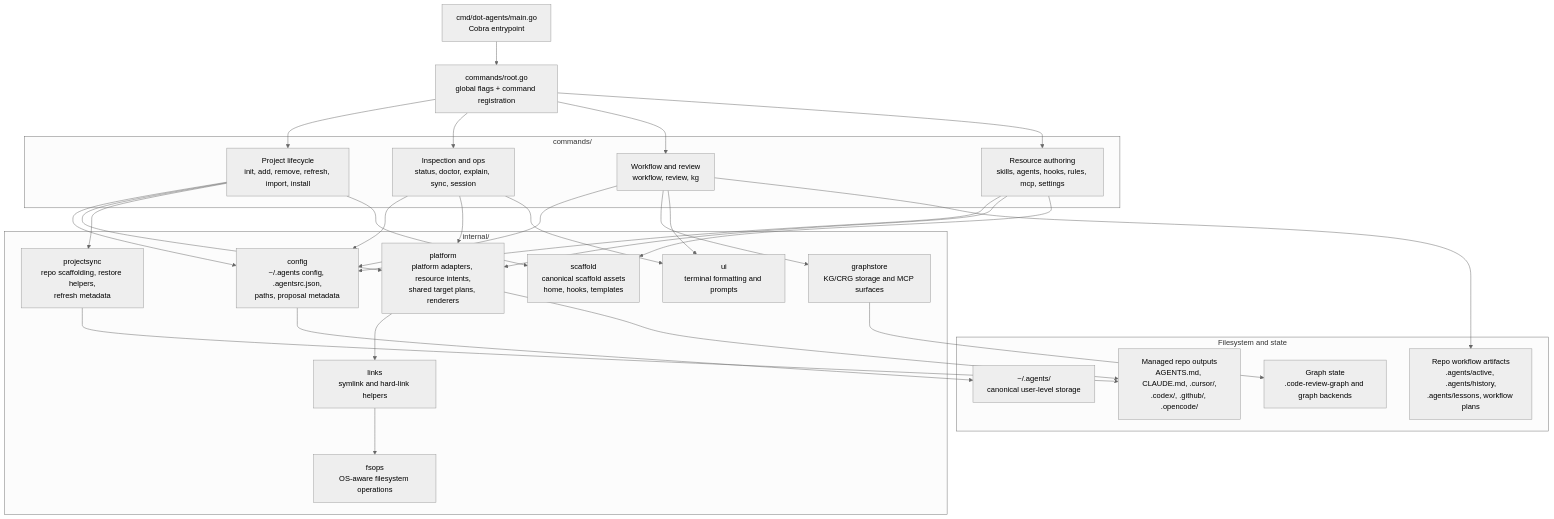
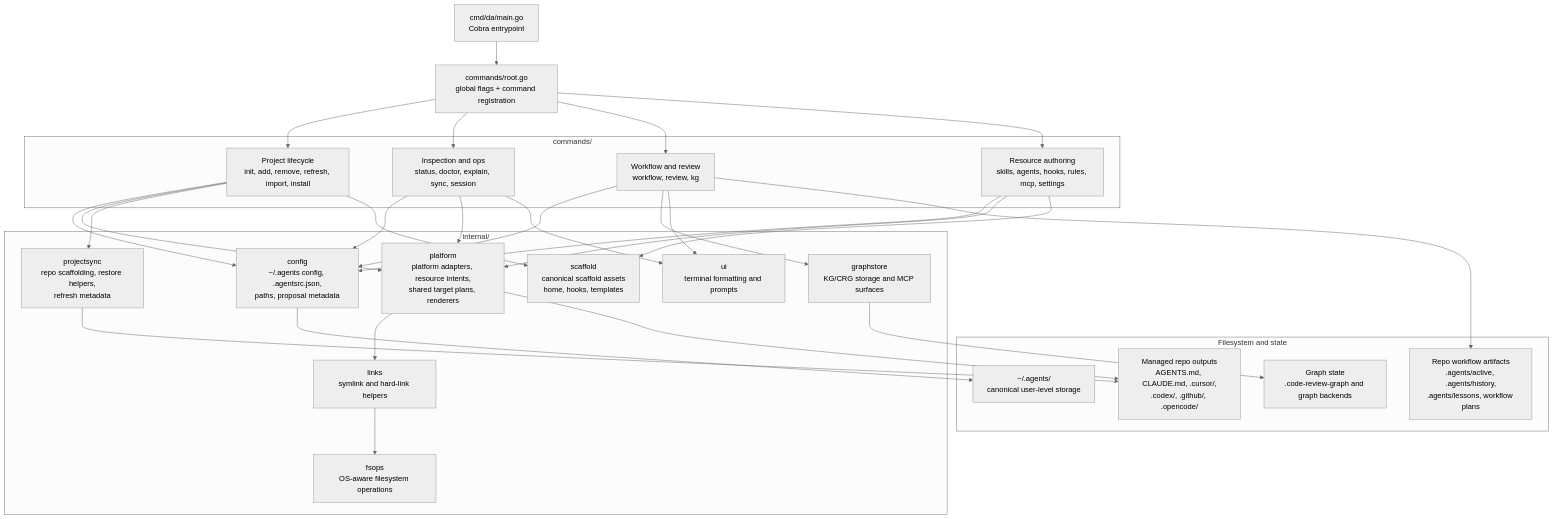
One commit to AGOrcha/dot-agents changed the second of 7 diagrams in docs/PROJECT_DIAGRAMS.md. Above: the diagram before and after it, drawn with Mermaid (neutral theme). The commit also changed other lines of this file and 7 other files, not shown here.

````diff
--- a/docs/PROJECT_DIAGRAMS.md
+++ b/docs/PROJECT_DIAGRAMS.md
@@ -50,61 +50,61 @@
 ```mermaid
 flowchart TB
-    main["cmd/dot-agents/main.go<br/>Cobra entrypoint"]
+    main["cmd/da/main.go<br/>Cobra entrypoint"]
     root["commands/root.go<br/>global flags + command registration"]
 
     subgraph Commands["commands/"]
         core["Project lifecycle<br/>init, add, remove, refresh, import, install"]
         ops["Inspection and ops<br/>status, doctor, explain, sync, session"]
         wf["Workflow and review<br/>workflow, review, kg"]
         authoring["Resource authoring<br/>skills, agents, hooks, rules, mcp, settings"]
     end
 
     subgraph Services["internal/"]
         cfg["config<br/>~/.agents config, .agentsrc.json,<br/>paths, proposal metadata"]
         plat["platform<br/>platform adapters, resource intents,<br/>shared target plans, renderers"]
         links["links<br/>symlink and hard-link helpers"]
         fsops["fsops<br/>OS-aware filesystem operations"]
         ps["projectsync<br/>repo scaffolding, restore helpers,<br/>refresh metadata"]
         scaffold["scaffold<br/>canonical scaffold assets<br/>home, hooks, templates"]
         gstore["graphstore<br/>KG/CRG storage and MCP surfaces"]
         ui["ui<br/>terminal formatting and prompts"]
     end
 
     subgraph State["Filesystem and state"]
         home["~/.agents/<br/>canonical user-level storage"]
         repo["Managed repo outputs<br/>AGENTS.md, CLAUDE.md, .cursor/,<br/>.codex/, .github/, .opencode/"]
         wfstate["Repo workflow artifacts<br/>.agents/active, .agents/history,<br/>.agents/lessons, workflow plans"]
         kg["Graph state<br/>.code-review-graph and graph backends"]
     end
 
     main --> root
     root --> core
     root --> ops
     root --> wf
     root --> authoring
 
     core --> cfg
     core --> plat
     core --> ps
     core --> scaffold
 
     ops --> cfg
     ops --> plat
     ops --> ui
 
     wf --> cfg
     wf --> gstore
     wf --> ui
 
     authoring --> cfg
     authoring --> plat
     authoring --> scaffold
 
     plat --> links
     links --> fsops
     cfg --> home
     plat --> repo
     ps --> repo
     wf --> wfstate
     gstore --> kg
 ```
````
